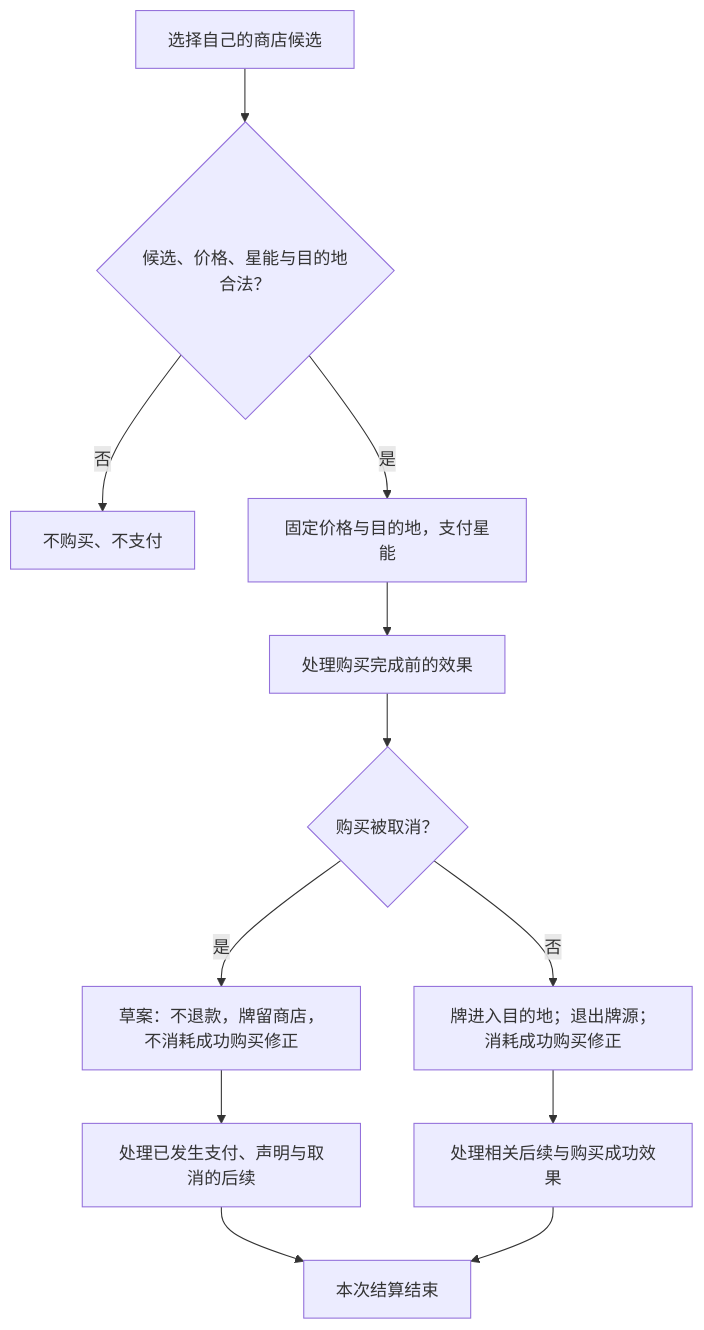
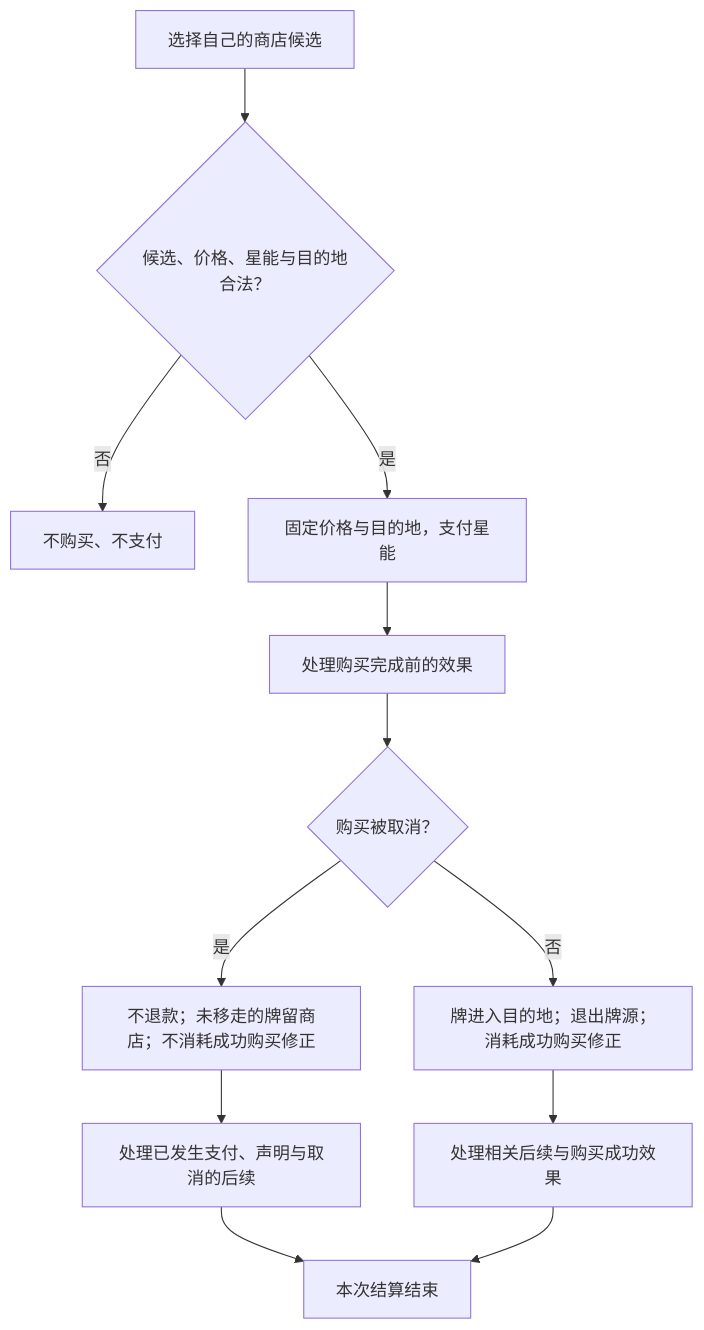
One commit to Time-Block-Hero/tbh-website changed the diagram in docs/rules/common/economy.md. Above: the diagram before and after it, drawn with Mermaid. The commit also changed other lines of this file and 33 other files, not shown here.

````diff
--- a/docs/rules/common/economy.md
+++ b/docs/rules/common/economy.md
@@ -81,14 +95,14 @@
 ```mermaid
 flowchart TD
   choose["选择自己的商店候选"] --> check{"候选、价格、星能与目的地合法？"}
   check -->|否| reject["不购买、不支付"]
   check -->|是| pay["固定价格与目的地，支付星能"]
   pay --> before["处理购买完成前的效果"]
   before --> cancel{"购买被取消？"}
-  cancel -->|是| failed["草案：不退款，牌留商店，不消耗成功购买修正"]
+  cancel -->|是| failed["不退款；未移走的牌留商店；不消耗成功购买修正"]
   cancel -->|否| success["牌进入目的地；退出牌源；消耗成功购买修正"]
   success --> follow["处理相关后续与购买成功效果"]
   failed --> canceledFollow["处理已发生支付、声明与取消的后续"]
   canceledFollow --> done["本次结算结束"]
   follow --> done
 ```
````
